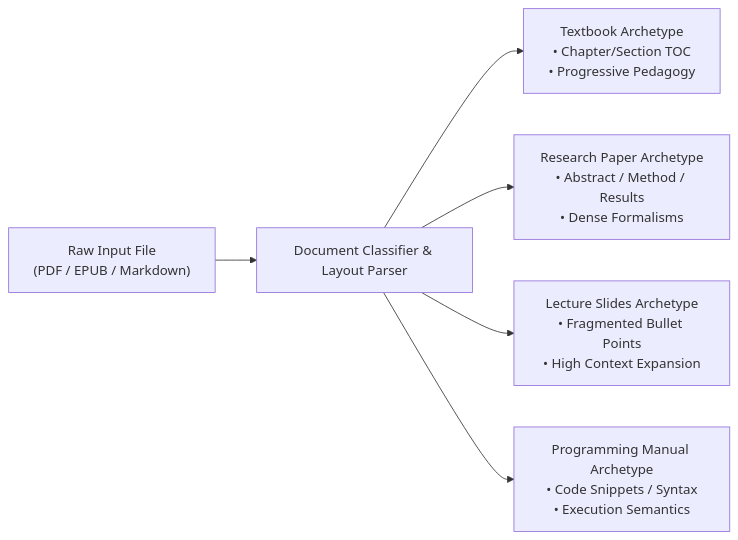
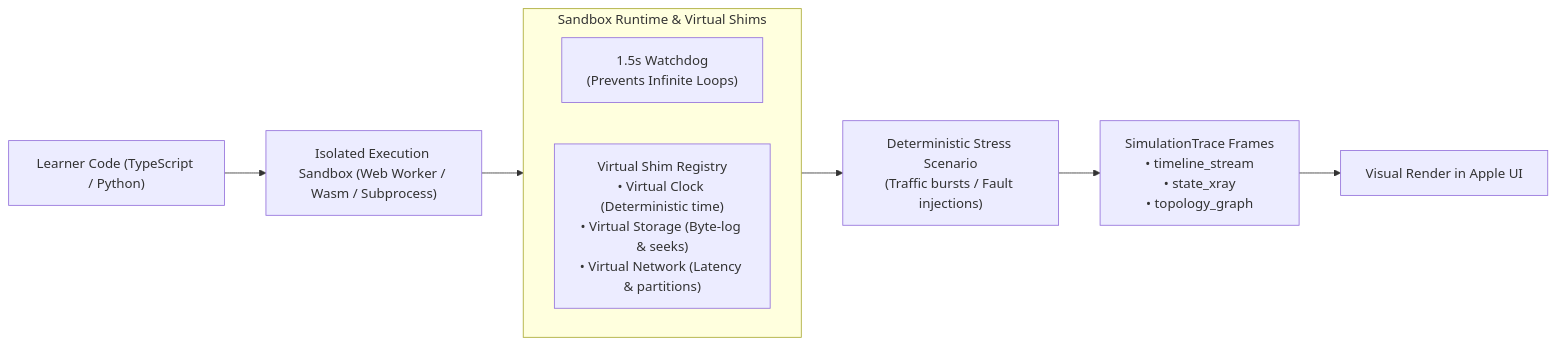
Before and after one commit to ansh0014/Mnemos: the seventh of 7 diagrams in plan.md, drawn with Mermaid. The commit also changed other lines of this file and 19 other files, not shown here.

````diff
--- a/plan.md
+++ b/plan.md
@@ -354,8 +283,15 @@
 ```mermaid
 flowchart LR
-    Doc["Raw Input File<br>(PDF / EPUB / Markdown)"] --> Classifier["Document Classifier & Layout Parser"]
-    Classifier --> TypeA["Textbook Archetype<br>• Chapter/Section TOC<br>• Progressive Pedagogy"]
-    Classifier --> TypeB["Research Paper Archetype<br>• Abstract / Method / Results<br>• Dense Formalisms"]
-    Classifier --> TypeC["Lecture Slides Archetype<br>• Fragmented Bullet Points<br>• High Context Expansion"]
-    Classifier --> TypeD["Programming Manual Archetype<br>• Code Snippets / Syntax<br>• Execution Semantics"]
+    UserCode["Learner Code (TypeScript / Python)"] --> Sandbox["Isolated Execution Sandbox (Web Worker / Wasm / Subprocess)"]
+    
+    subgraph SandboxInternals ["Sandbox Runtime & Virtual Shims"]
+        direction LR
+        Watchdog["1.5s Watchdog<br>(Prevents Infinite Loops)"]
+        Shims["Virtual Shim Registry<br>• Virtual Clock (Deterministic time)<br>• Virtual Storage (Byte-log & seeks)<br>• Virtual Network (Latency & partitions)"]
+    end
+
+    Sandbox --> SandboxInternals
+    SandboxInternals --> StressTest["Deterministic Stress Scenario<br>(Traffic bursts / Fault injections)"]
+    StressTest --> TelemetryFrames["SimulationTrace Frames<br>• timeline_stream<br>• state_xray<br>• topology_graph"]
+    TelemetryFrames --> NativeUI["Visual Render in Apple UI"]
 ```
````
